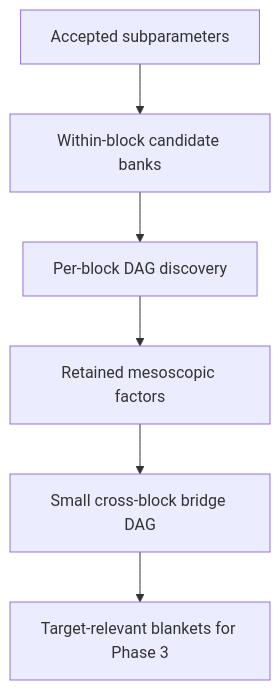
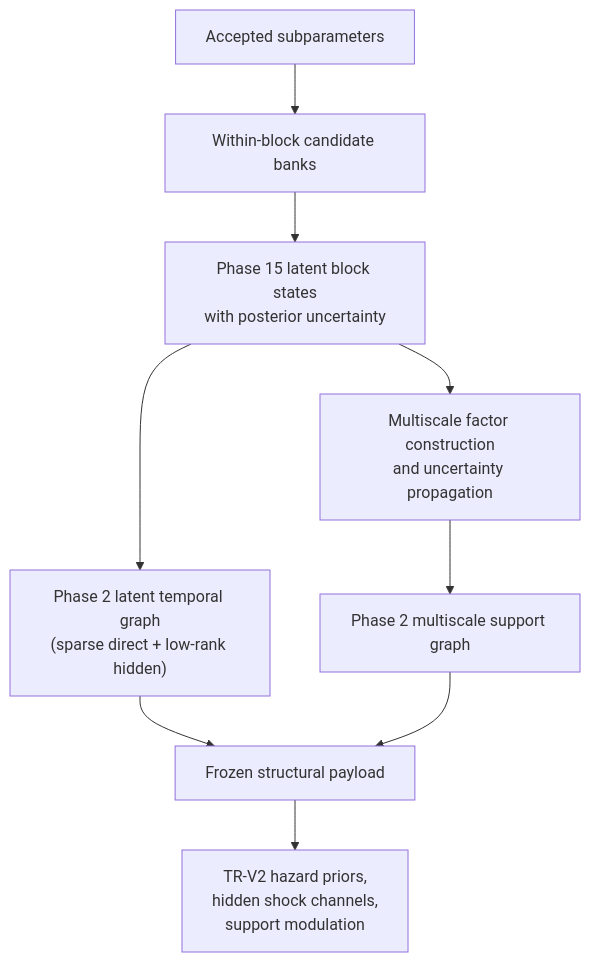
Before and after one commit to gauravshajepal-hash/ModelHIV-PH: the second of 3 diagrams in README.md, drawn with Mermaid. The commit also changed other lines of this file and 58 other files, not shown here.

Commit message:
Advance phase2 structural frontier and docs

````diff
--- a/README.md
+++ b/README.md
@@ -45,8 +47,11 @@
 ```mermaid
 flowchart TD
     A["Accepted subparameters"] --> B["Within-block candidate banks"]
-    B --> C["Per-block DAG discovery"]
-    C --> D["Retained mesoscopic factors"]
-    D --> E["Small cross-block bridge DAG"]
-    E --> F["Target-relevant blankets for Phase 3"]
+    B --> C["Phase 15 latent block states\nwith posterior uncertainty"]
+    C --> D["Multiscale factor construction\nand uncertainty propagation"]
+    C --> E["Phase 2 latent temporal graph\n(sparse direct + low-rank hidden)"]
+    D --> F["Phase 2 multiscale support graph"]
+    E --> G["Frozen structural payload"]
+    F --> G
+    G --> H["TR-V2 hazard priors,\nhidden shock channels,\nsupport modulation"]
 ```
````
